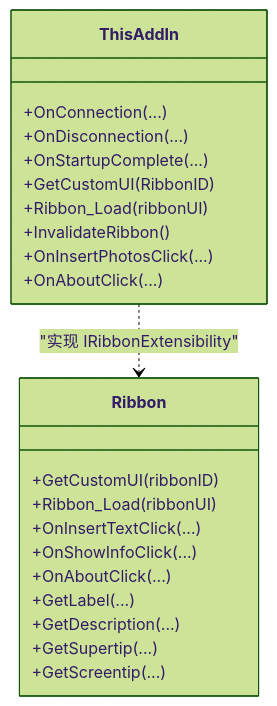
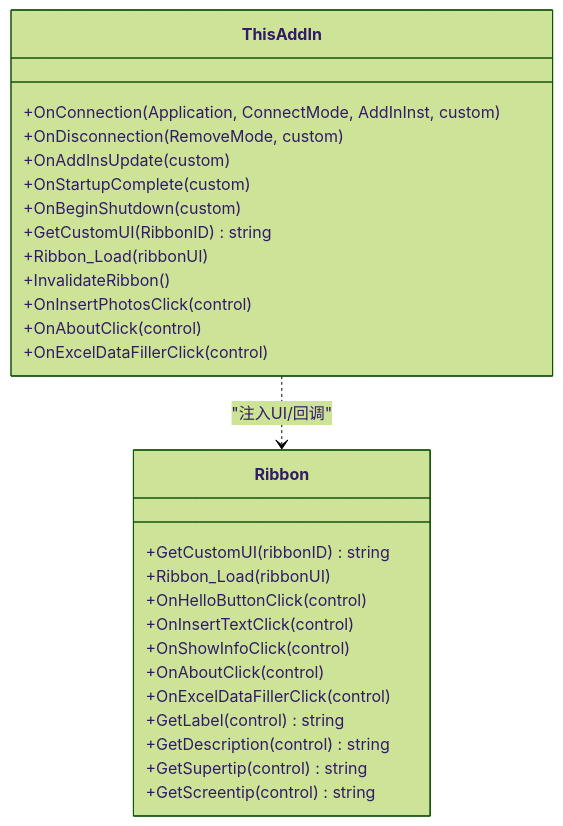
The third of 5 diagrams in .qoder/repowiki/zh/content/项目概述.md (rainiva/WordTools), drawn with Mermaid (forest theme) before and after one commit. The commit also changed other lines of this file and 63 other files, not shown here.

First line of the commit message:
全面优化：代码质量修复、自动编号重构、插图性能优化

````diff
--- a/.qoder/repowiki/zh/content/项目概述.md
+++ b/.qoder/repowiki/zh/content/项目概述.md
@@ -177,25 +173,30 @@
 ```mermaid
 classDiagram
 class ThisAddIn {
-+OnConnection(...)
-+OnDisconnection(...)
-+OnStartupComplete(...)
-+GetCustomUI(RibbonID)
++OnConnection(Application, ConnectMode, AddInInst, custom)
++OnDisconnection(RemoveMode, custom)
++OnAddInsUpdate(custom)
++OnStartupComplete(custom)
++OnBeginShutdown(custom)
++GetCustomUI(RibbonID) string
 +Ribbon_Load(ribbonUI)
 +InvalidateRibbon()
-+OnInsertPhotosClick(...)
-+OnAboutClick(...)
++OnInsertPhotosClick(control)
++OnAboutClick(control)
++OnExcelDataFillerClick(control)
 }
 class Ribbon {
-+GetCustomUI(ribbonID)
++GetCustomUI(ribbonID) string
 +Ribbon_Load(ribbonUI)
-+OnInsertTextClick(...)
-+OnShowInfoClick(...)
-+OnAboutClick(...)
-+GetLabel(...)
-+GetDescription(...)
-+GetSupertip(...)
-+GetScreentip(...)
++OnHelloButtonClick(control)
++OnInsertTextClick(control)
++OnShowInfoClick(control)
++OnAboutClick(control)
++OnExcelDataFillerClick(control)
++GetLabel(control) string
++GetDescription(control) string
++GetSupertip(control) string
++GetScreentip(control) string
 }
-ThisAddIn ..> Ribbon : "实现 IRibbonExtensibility"
+ThisAddIn ..> Ribbon : "注入UI/回调"
 ```
````
